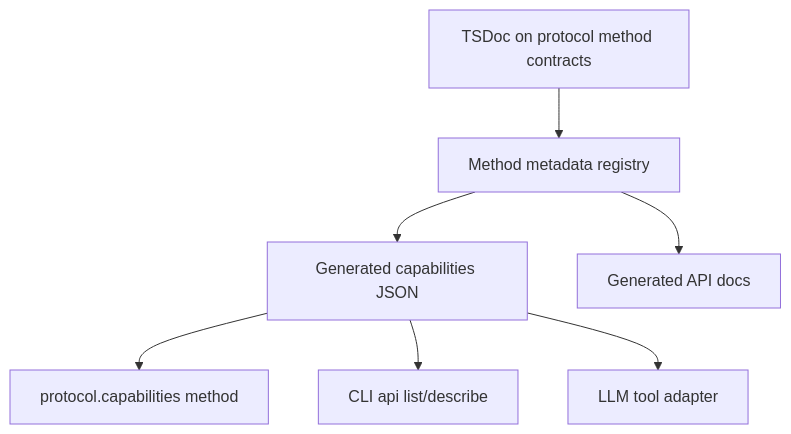
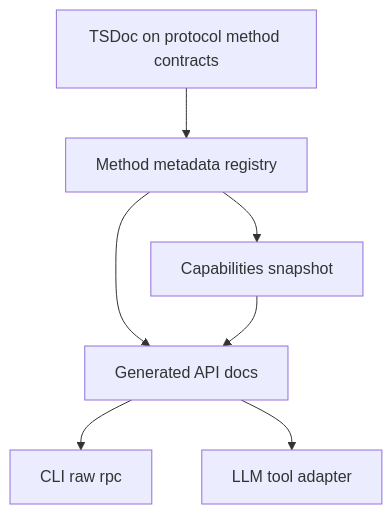
One commit to deeeed/farmslot changed the second of 2 diagrams in apps/docs/docs/architecture/gateway-api-protocol.md. Above: the diagram before and after it, drawn with Mermaid. The commit also changed other lines of this file and 5 other files, not shown here.

````diff
--- a/apps/docs/docs/architecture/gateway-api-protocol.md
+++ b/apps/docs/docs/architecture/gateway-api-protocol.md
@@ -120,17 +120,16 @@
 ```mermaid
 flowchart TD
   TSDoc[TSDoc on protocol method contracts]
   Registry[Method metadata registry]
-  JSON[Generated capabilities JSON]
+  JSON[Capabilities snapshot]
   Docs[Generated API docs]
-  Gateway[protocol.capabilities method]
-  CLI[CLI api list/describe]
+  CLI[CLI raw rpc]
   LLM[LLM tool adapter]
 
   TSDoc --> Registry
   Registry --> JSON
   Registry --> Docs
-  JSON --> Gateway
-  JSON --> CLI
-  JSON --> LLM
+  JSON --> Docs
+  Docs --> CLI
+  Docs --> LLM
 ```
````
